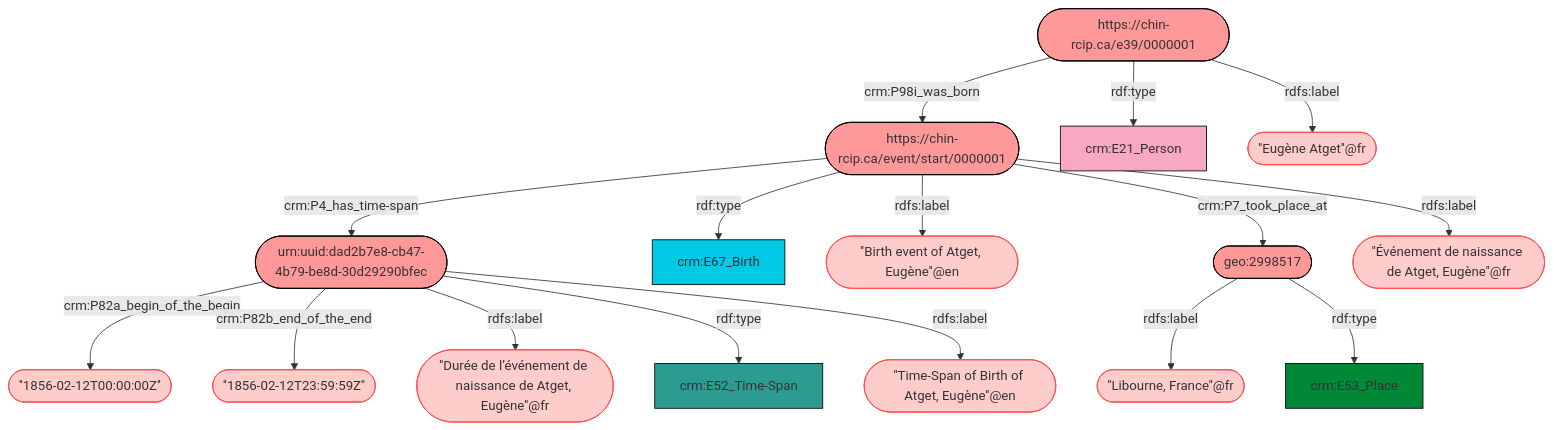
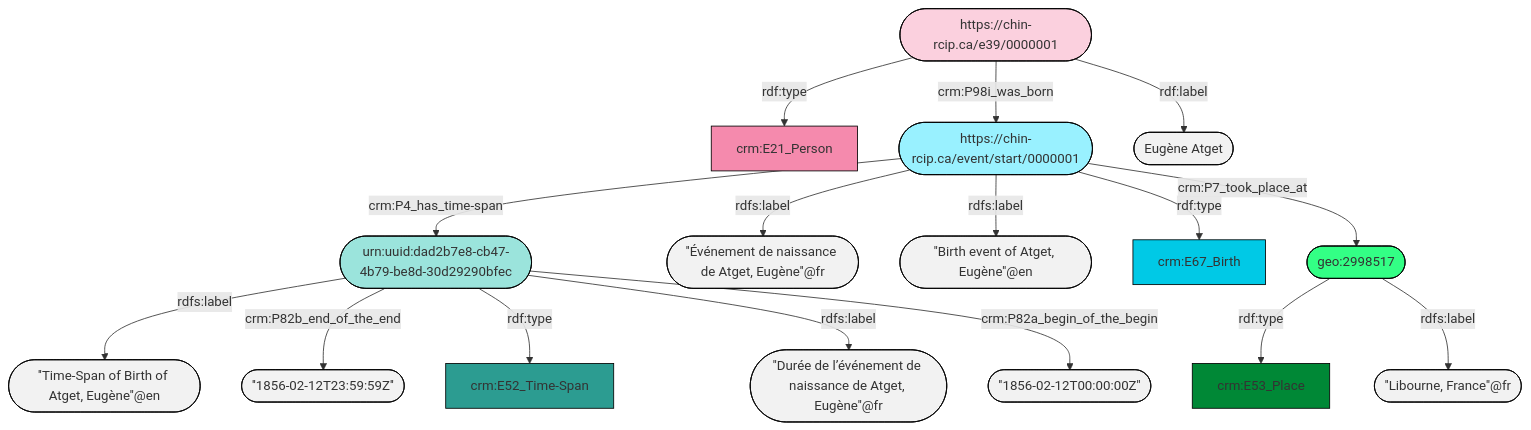
The third of 4 diagrams in testing_mermaid.md (TrangDg/TrangDg.github.io), drawn with Mermaid before and after one commit. The commit also changed other lines of this file, not shown here.

```diff
--- a/testing_mermaid.md
+++ b/testing_mermaid.md
@@ -147,31 +147,44 @@
 <div class="mermaid" onclick="sizeToggle(this)">
-	graph TD
-classDef Literal fill:#ffcccc,stroke:#ff4d4d;
-classDef URI fill:#ff9999,stroke:#000000;
+graph TD
+classDef Literal fill:#f2f2f2,stroke:#000000;
 classDef CRM_Entity fill:#FFFFFF,stroke:#000000;
+classDef CRM_Entity_URI fill:#FFFFFF,stroke:#000000;
 classDef Temporal_Entity fill:#00C9E6, stroke:#000000;
+classDef Temporal_Entity_URI fill:#99f1ff,stroke:#000000;
 classDef Type fill:#E18312, stroke:#000000;
+classDef Type_URI fill:#f6c588,stroke:#000000;
 classDef Time-Span fill:#2C9C91, stroke:#000000;
+classDef Time-Span_URI fill:#9be4dc,stroke:#000000;
 classDef Appellation fill:#FFEB7F, stroke:#000000;
+classDef Appellation_URI fill:#fff6cc,stroke:#000000;
 classDef Place fill:#008836, stroke:#000000;
+classDef Place_URI fill:#33ff85,stroke:#000000;
 classDef Persistent_Item fill:#B266B2, stroke:#000000;
+classDef Persistent_Item_URI fill:#dcbcdc,stroke:#000000;
 classDef Conceptual_Object fill:#FFD700, stroke:#000000;
+classDef Conceptual_Object_URI fill:#fff099,stroke:#000000;
 classDef Physical_Object fill:#D2B48C, stroke:#000000;
-classDef Actor fill:#F9A8C2, stroke:#000000;
-A1([https://chin-rcip.ca/e39/0000001]):::URI -->|crm:P98i_was_born| B1([https://chin-rcip.ca/event/start/0000001]):::Literal
-B1([https://chin-rcip.ca/event/start/0000001]):::URI -->|crm:P4_has_time-span| C1([urn:uuid:dad2b7e8-cb47-4b79-be8d-30d29290bfec]):::Literal
-C1([urn:uuid:dad2b7e8-cb47-4b79-be8d-30d29290bfec]):::URI -->|crm:P82a_begin_of_the_begin| D1(["''1856-02-12T00:00:00Z''"]):::Literal
-C1([urn:uuid:dad2b7e8-cb47-4b79-be8d-30d29290bfec]):::URI -->|crm:P82b_end_of_the_end| D2(["''1856-02-12T23:59:59Z''"]):::Literal
-C1([urn:uuid:dad2b7e8-cb47-4b79-be8d-30d29290bfec]):::URI -->|rdfs:label| D3(["''Durée de l’événement de naissance de Atget, Eugène''@fr"]):::Literal
-C1([urn:uuid:dad2b7e8-cb47-4b79-be8d-30d29290bfec]) -->|rdf:type| D4[crm:E52_Time-Span]:::Time-Span
-C1([urn:uuid:dad2b7e8-cb47-4b79-be8d-30d29290bfec]):::URI -->|rdfs:label| D5(["''Time-Span of Birth of Atget, Eugène''@en"]):::Literal
-B1([https://chin-rcip.ca/event/start/0000001]) -->|rdf:type| C2[crm:E67_Birth]:::Temporal_Entity
-B1([https://chin-rcip.ca/event/start/0000001]):::URI -->|rdfs:label| C3(["''Birth event of Atget, Eugène''@en"]):::Literal
-B1([https://chin-rcip.ca/event/start/0000001]):::URI -->|crm:P7_took_place_at| C4([geo:2998517]):::Literal
-C4([geo:2998517]):::URI -->|rdfs:label| D6(["''Libourne, France''@fr"]):::Literal
-C4([geo:2998517]) -->|rdf:type| D7[crm:E53_Place]:::Place
-B1([https://chin-rcip.ca/event/start/0000001]):::URI -->|rdfs:label| C5(["''Événement de naissance de Atget, Eugène''@fr"]):::Literal
-A1([https://chin-rcip.ca/e39/0000001]) -->|rdf:type| B2[crm:E21_Person]:::Actor
-A1([https://chin-rcip.ca/e39/0000001]):::URI -->|rdfs:label| B3(["''Eugène Atget''@fr"]):::Literal
+classDef Physical_Object_URI fill:#eadbc8,stroke:#000000;
+classDef Actor fill:#f58aad, stroke:#000000;
+classDef Actor_URI fill:#fbd0de,stroke:#000000;
+classDef PC_Classes fill:#4ce600, stroke:#000000;
+classDef PC_Classes_URI fill:#bbff99,stroke:#000000;
+classDef Multi_URI fill:#cccccc,stroke:#000000;
+0([https://chin-rcip.ca/e39/0000001]):::Actor_URI -->|rdf:type| 1["crm:E21_Person"]:::Actor
+0([https://chin-rcip.ca/e39/0000001]) -->|crm:P98i_was_born| 2([https://chin-rcip.ca/event/start/0000001])
+2([https://chin-rcip.ca/event/start/0000001]) -->|crm:P4_has_time-span| 3([urn:uuid:dad2b7e8-cb47-4b79-be8d-30d29290bfec])
+2([https://chin-rcip.ca/event/start/0000001]) -->|rdfs:label| 4(["''Événement de naissance de Atget, Eugène''@fr"]):::Literal
+2([https://chin-rcip.ca/event/start/0000001]) -->|rdfs:label| 5(["''Birth event of Atget, Eugène''@en"]):::Literal
+2([https://chin-rcip.ca/event/start/0000001]):::Temporal_Entity_URI -->|rdf:type| 6["crm:E67_Birth"]:::Temporal_Entity
+2([https://chin-rcip.ca/event/start/0000001]) -->|crm:P7_took_place_at| 7(["geo:2998517"])
+3([urn:uuid:dad2b7e8-cb47-4b79-be8d-30d29290bfec]) -->|rdfs:label| 8(["''Time-Span of Birth of Atget, Eugène''@en"]):::Literal
+3([urn:uuid:dad2b7e8-cb47-4b79-be8d-30d29290bfec]) -->|crm:P82b_end_of_the_end| 9(["''1856-02-12T23:59:59Z''"]):::Literal
+3([urn:uuid:dad2b7e8-cb47-4b79-be8d-30d29290bfec]):::Time-Span_URI -->|rdf:type| 10["crm:E52_Time-Span"]:::Time-Span
+3([urn:uuid:dad2b7e8-cb47-4b79-be8d-30d29290bfec]) -->|rdfs:label| 11(["''Durée de l’événement de naissance de Atget, Eugène''@fr"]):::Literal
+3([urn:uuid:dad2b7e8-cb47-4b79-be8d-30d29290bfec]) -->|crm:P82a_begin_of_the_begin| 12(["''1856-02-12T00:00:00Z''"]):::Literal
+7(["geo:2998517"]):::Place_URI -->|rdf:type| 13["crm:E53_Place"]:::Place
+7(["geo:2998517"]) -->|rdfs:label| 14(["''Libourne, France''@fr"]):::Literal
+0([https://chin-rcip.ca/e39/0000001]) -->|rdf:label| 15(["Eugène Atget"]):::Literal
+
 
 </div>
```
